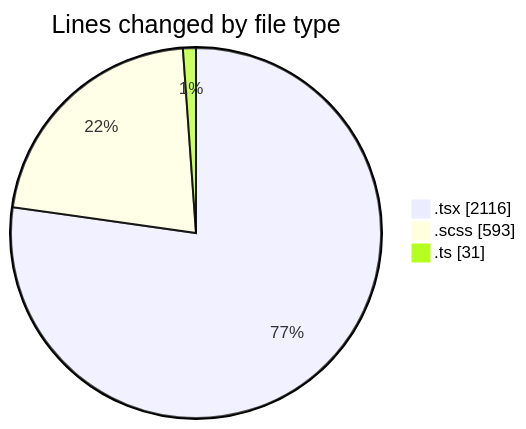
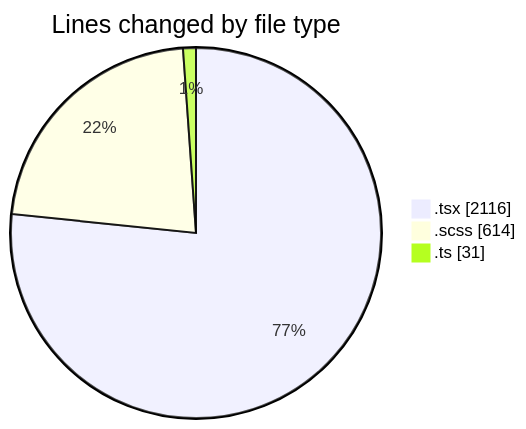
One commit to momahboobian/code-tracking changed the first of 2 diagrams in 2025-04-07/cda/README.md. Above: the diagram before and after it, drawn with Mermaid. The commit also changed other lines of this file and 1 other file, not shown here.

````diff
--- a/2025-04-07/cda/README.md
+++ b/2025-04-07/cda/README.md
@@ -30,7 +30,7 @@
 ```mermaid
 pie showData
 title Lines changed by file type
 ".tsx" : 2116
-".scss" : 593
+".scss" : 614
 ".ts" : 31
 ```
````
